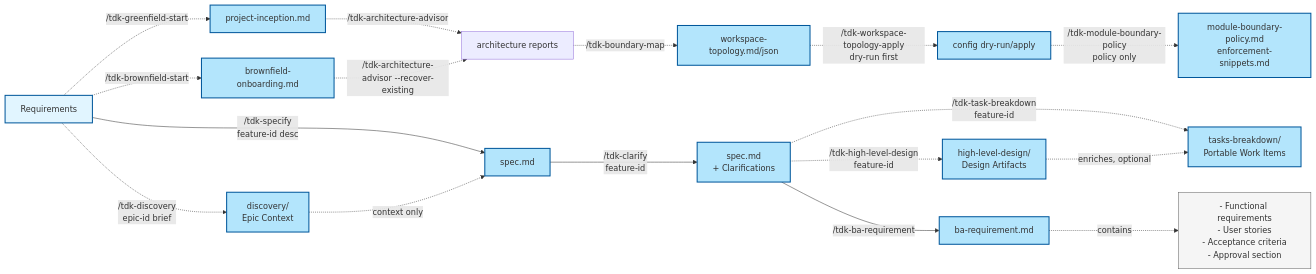
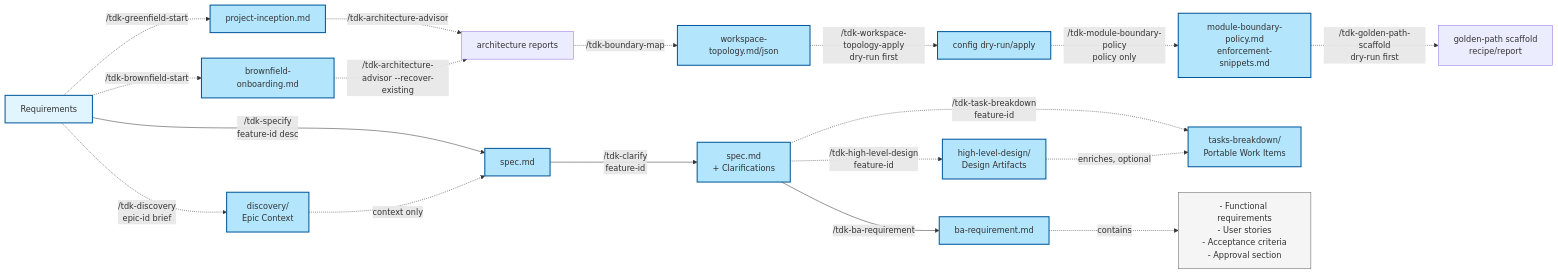
One commit to vinhltt/tdk changed the second of 8 diagrams in .specify/docs/en/document-flow.md. Above: the diagram before and after it, drawn with Mermaid. The commit also changed other lines of this file and 40 other files, not shown here.

````diff
--- a/.specify/docs/en/document-flow.md
+++ b/.specify/docs/en/document-flow.md
@@ -94,42 +96,44 @@
 ```mermaid
 flowchart LR
     REQ[Requirements]
     GREENFIELD_INCEPTION[project-inception.md]
     BROWNFIELD_ONBOARDING[brownfield-onboarding.md]
     ARCHITECTURE_REPORTS[architecture reports]
     TOPOLOGY[workspace-topology.md/json]
     CONFIG_PATCH[config dry-run/apply]
     POLICY[module-boundary-policy.md<br/>enforcement-snippets.md]
+    GOLDEN_PATH[golden-path scaffold<br/>recipe/report]
     DISCOVERY[discovery/<br/>Epic Context]
     SPEC[spec.md]
     SPEC_CLAR[spec.md<br/>+ Clarifications]
     HLD[high-level-design/<br/>Design Artifacts]
     TASKS[tasks-breakdown/<br/>Portable Work Items]
     BA_REQ[ba-requirement.md]
 
     REQ -.->|"/tdk-greenfield-start"| GREENFIELD_INCEPTION
     REQ -.->|"/tdk-brownfield-start"| BROWNFIELD_ONBOARDING
     GREENFIELD_INCEPTION -.->|"/tdk-architecture-advisor"| ARCHITECTURE_REPORTS
     BROWNFIELD_ONBOARDING -.->|"/tdk-architecture-advisor --recover-existing"| ARCHITECTURE_REPORTS
     ARCHITECTURE_REPORTS -.->|"/tdk-boundary-map"| TOPOLOGY
     TOPOLOGY -.->|"/tdk-workspace-topology-apply<br/>dry-run first"| CONFIG_PATCH
     CONFIG_PATCH -.->|"/tdk-module-boundary-policy<br/>policy only"| POLICY
+    POLICY -.->|"/tdk-golden-path-scaffold<br/>dry-run first"| GOLDEN_PATH
     REQ -.->|"/tdk-discovery<br/>epic-id brief"| DISCOVERY
     REQ -->|"/tdk-specify<br/>feature-id desc"| SPEC
     DISCOVERY -.->|"context only"| SPEC
     SPEC -->|"/tdk-clarify<br/>feature-id"| SPEC_CLAR
     SPEC_CLAR -.->|"/tdk-high-level-design<br/>feature-id"| HLD
     SPEC_CLAR -.->|"/tdk-task-breakdown<br/>feature-id"| TASKS
     HLD -.->|"enriches, optional"| TASKS
     SPEC_CLAR -->|"/tdk-ba-requirement"| BA_REQ
 
     BA_REQ -.->|contains| CONTENT["- Functional requirements<br/>- User stories<br/>- Acceptance criteria<br/>- Approval section"]
 
     classDef input fill:#e1f5ff,stroke:#01579b,stroke-width:2px
     classDef output fill:#b3e5fc,stroke:#01579b,stroke-width:2px
     classDef note fill:#f5f5f5,stroke:#616161,stroke-width:1px
 
     class REQ input
     class GREENFIELD_INCEPTION,BROWNFIELD_ONBOARDING,TOPOLOGY,CONFIG_PATCH,POLICY,DISCOVERY,SPEC,SPEC_CLAR,HLD,TASKS,BA_REQ output
     class CONTENT note
 ```
````
